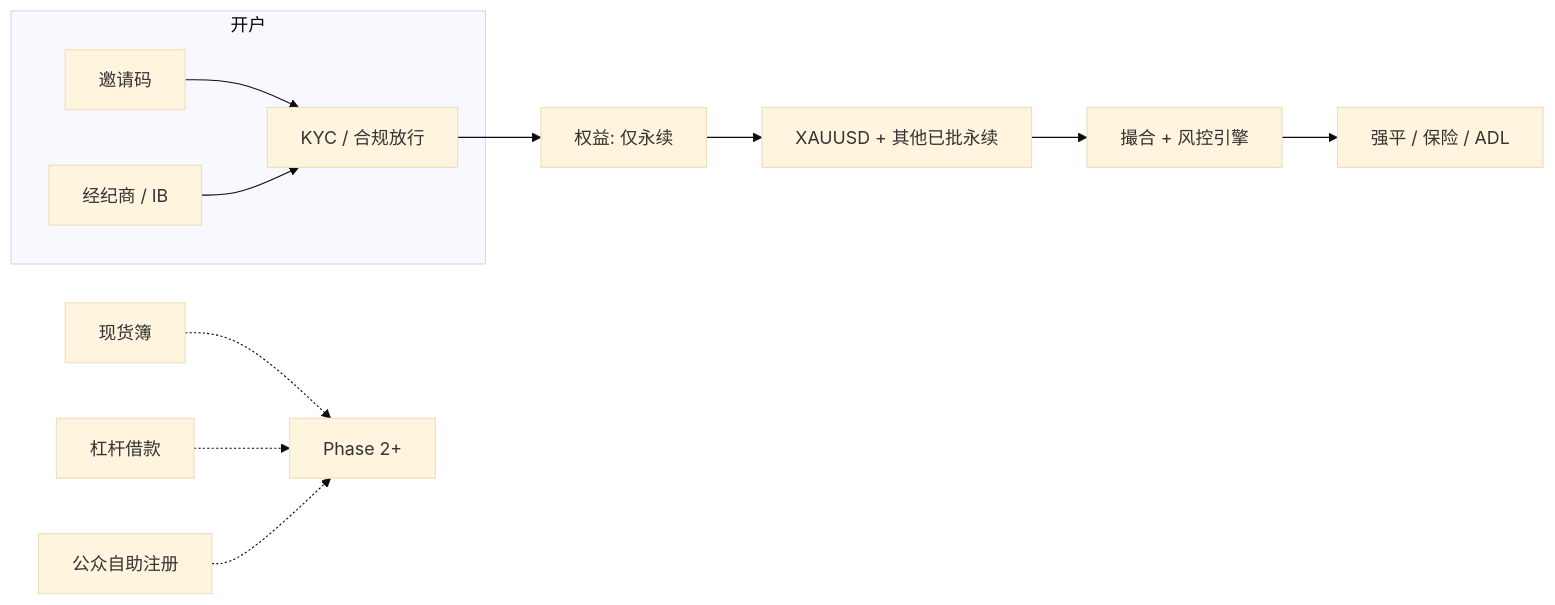
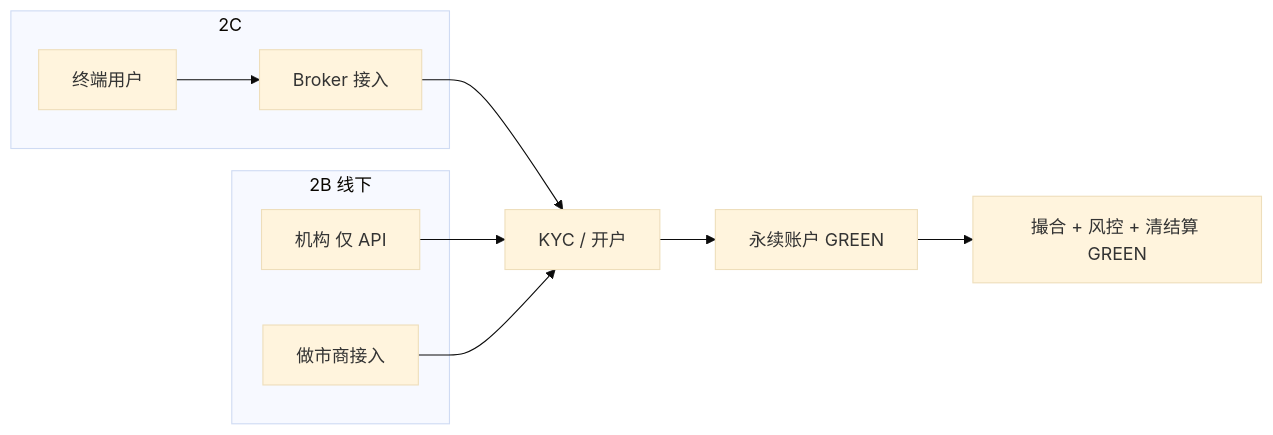
One commit to hxyan2020/PRD changed the second of 15 diagrams in docs/risk-handbook/zh-CN.md. Above: the diagram before and after it, drawn with Mermaid (base theme). The commit also changed other lines of this file and 63 other files, not shown here.

First line of the commit message:
Align Phase 1 handbook with V-Exchange green scope

````diff
--- a/docs/risk-handbook/zh-CN.md
+++ b/docs/risk-handbook/zh-CN.md
@@ -48,14 +73,16 @@
 ```mermaid
 flowchart LR
-  subgraph access ["开户"]
-    I["邀请码"] --> CP["KYC / 合规放行"]
-    B["经纪商 / IB"] --> CP
+  subgraph b2c ["2C"]
+    U["终端用户"] --> BR["Broker 接入"]
   end
-  CP --> E["权益: 仅永续"]
-  E --> P["XAUUSD + 其他已批永续"]
-  P --> ME["撮合 + 风控引擎"]
-  ME --> LIQ["强平 / 保险 / ADL"]
-  Spot["现货簿"] -.-> P2["Phase 2+"]
-  Mar["杠杆借款"] -.-> P2
-  Pub["公众自助注册"] -.-> P2
+  subgraph b2b ["2B 线下"]
+    BR
+    INST["机构 仅 API"]
+    MM["做市商接入"]
+  end
+  BR --> KYC["KYC / 开户"]
+  INST --> KYC
+  MM --> KYC
+  KYC --> PA["永续账户 GREEN"]
+  PA --> ME["撮合 + 风控 + 清结算 GREEN"]
 ```
````
